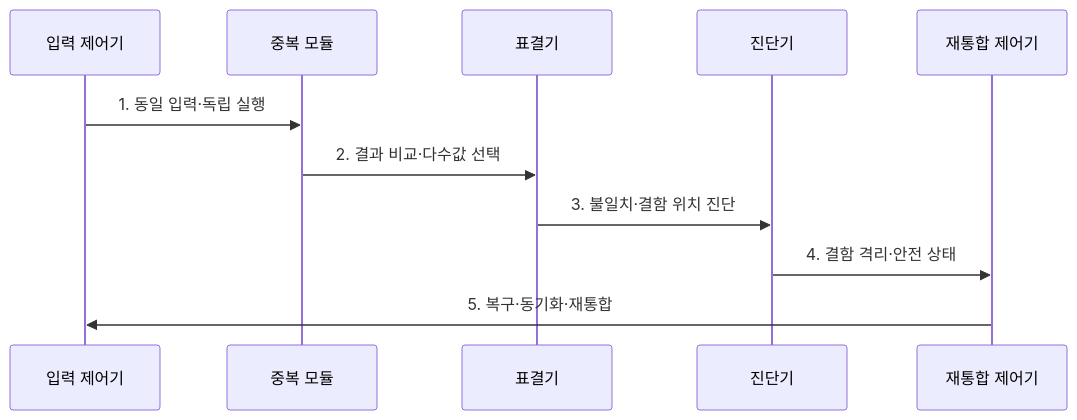
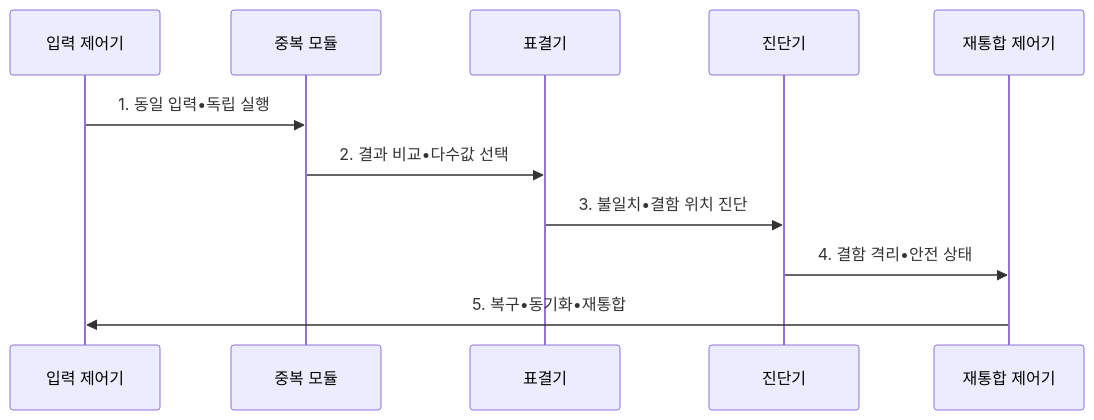
Before and after one commit to agnusdei1207/knowledge-base: the second of 2 diagrams in src/content/docs/notes/06-evaluation/023_fault_tolerant_system.md, drawn with Mermaid. The commit also changed other lines of this file and 953 other files, not shown here.

````diff
--- a/src/content/docs/notes/06-evaluation/023_fault_tolerant_system.md
+++ b/src/content/docs/notes/06-evaluation/023_fault_tolerant_system.md
@@ -102,13 +102,13 @@
 ```mermaid
 sequenceDiagram
   participant I as 입력 제어기
   participant M as 중복 모듈
   participant V as 표결기
   participant D as 진단기
   participant R as 재통합 제어기
-  I->>M: 1. 동일 입력·독립 실행
-  M->>V: 2. 결과 비교·다수값 선택
-  V->>D: 3. 불일치·결함 위치 진단
-  D->>R: 4. 결함 격리·안전 상태
-  R->>I: 5. 복구·동기화·재통합
+  I->>M: 1. 동일 입력•독립 실행
+  M->>V: 2. 결과 비교•다수값 선택
+  V->>D: 3. 불일치•결함 위치 진단
+  D->>R: 4. 결함 격리•안전 상태
+  R->>I: 5. 복구•동기화•재통합
 ```
````
